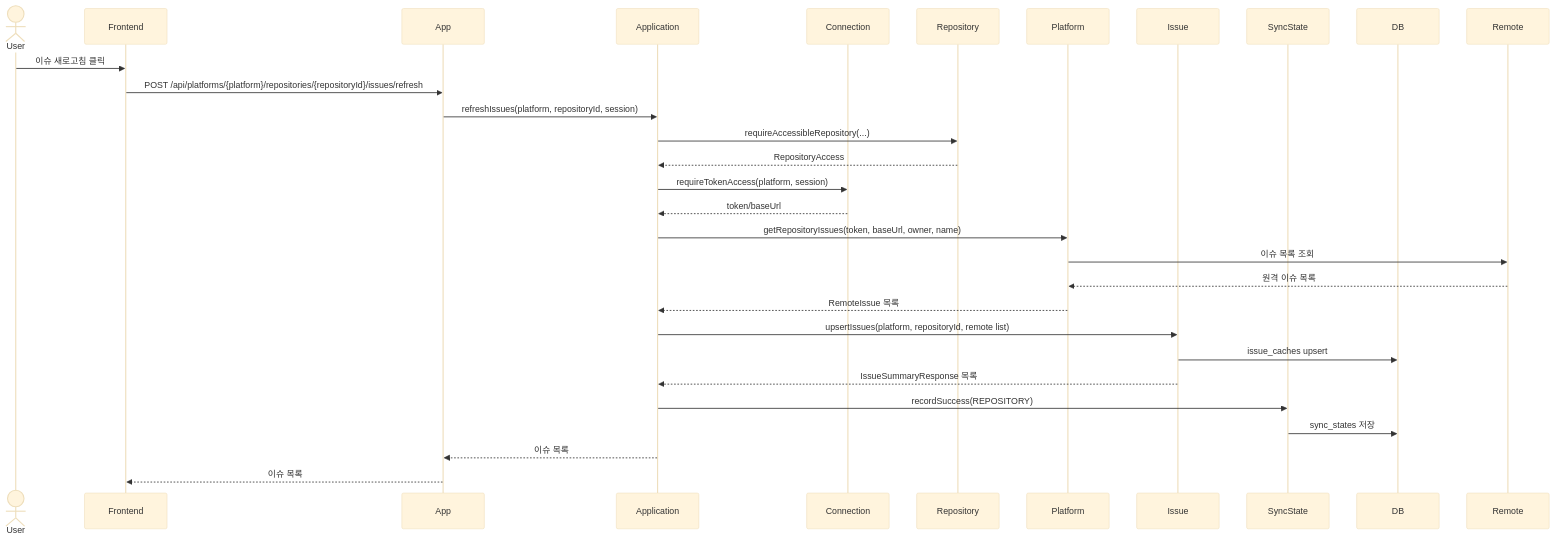
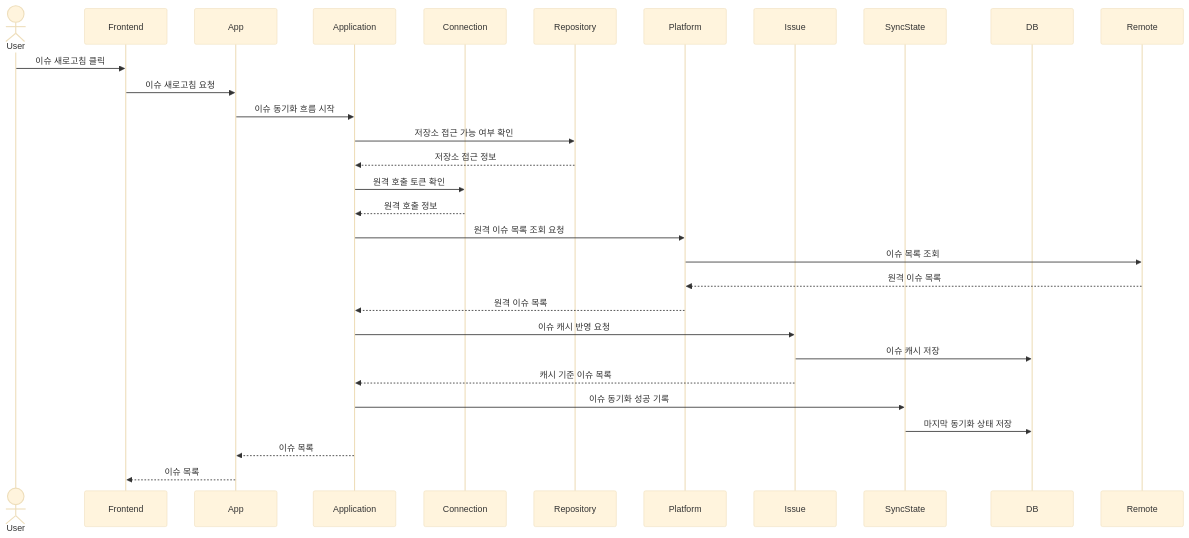
The fifth of 11 diagrams in docs/11-use-case-sequence-diagrams.md (Jungwoook/github-issue-manager), drawn with Mermaid (base theme) before and after one commit. The commit also changed other lines of this file and 3 other files, not shown here.

````diff
--- a/docs/11-use-case-sequence-diagrams.md
+++ b/docs/11-use-case-sequence-diagrams.md
@@ -146,33 +150,33 @@
 ```mermaid
 sequenceDiagram
     actor User
     participant Frontend
     participant App
     participant Application
     participant Connection
     participant Repository
     participant Platform
     participant Issue
     participant SyncState
     participant DB
     participant Remote
 
     User->>Frontend: 이슈 새로고침 클릭
-    Frontend->>App: POST /api/platforms/{platform}/repositories/{repositoryId}/issues/refresh
-    App->>Application: refreshIssues(platform, repositoryId, session)
-    Application->>Repository: requireAccessibleRepository(...)
-    Repository-->>Application: RepositoryAccess
-    Application->>Connection: requireTokenAccess(platform, session)
-    Connection-->>Application: token/baseUrl
-    Application->>Platform: getRepositoryIssues(token, baseUrl, owner, name)
+    Frontend->>App: 이슈 새로고침 요청
+    App->>Application: 이슈 동기화 흐름 시작
+    Application->>Repository: 저장소 접근 가능 여부 확인
+    Repository-->>Application: 저장소 접근 정보
+    Application->>Connection: 원격 호출 토큰 확인
+    Connection-->>Application: 원격 호출 정보
+    Application->>Platform: 원격 이슈 목록 조회 요청
     Platform->>Remote: 이슈 목록 조회
     Remote-->>Platform: 원격 이슈 목록
-    Platform-->>Application: RemoteIssue 목록
-    Application->>Issue: upsertIssues(platform, repositoryId, remote list)
-    Issue->>DB: issue_caches upsert
-    Issue-->>Application: IssueSummaryResponse 목록
-    Application->>SyncState: recordSuccess(REPOSITORY)
-    SyncState->>DB: sync_states 저장
+    Platform-->>Application: 원격 이슈 목록
+    Application->>Issue: 이슈 캐시 반영 요청
+    Issue->>DB: 이슈 캐시 저장
+    Issue-->>Application: 캐시 기준 이슈 목록
+    Application->>SyncState: 이슈 동기화 성공 기록
+    SyncState->>DB: 마지막 동기화 상태 저장
     Application-->>App: 이슈 목록
     App-->>Frontend: 이슈 목록
 ```
````
